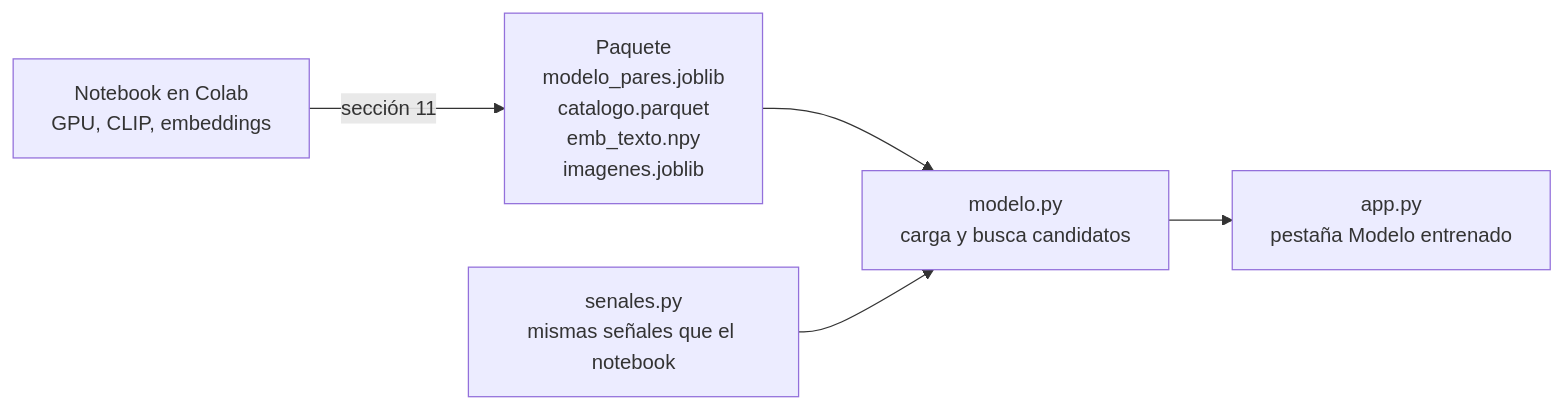
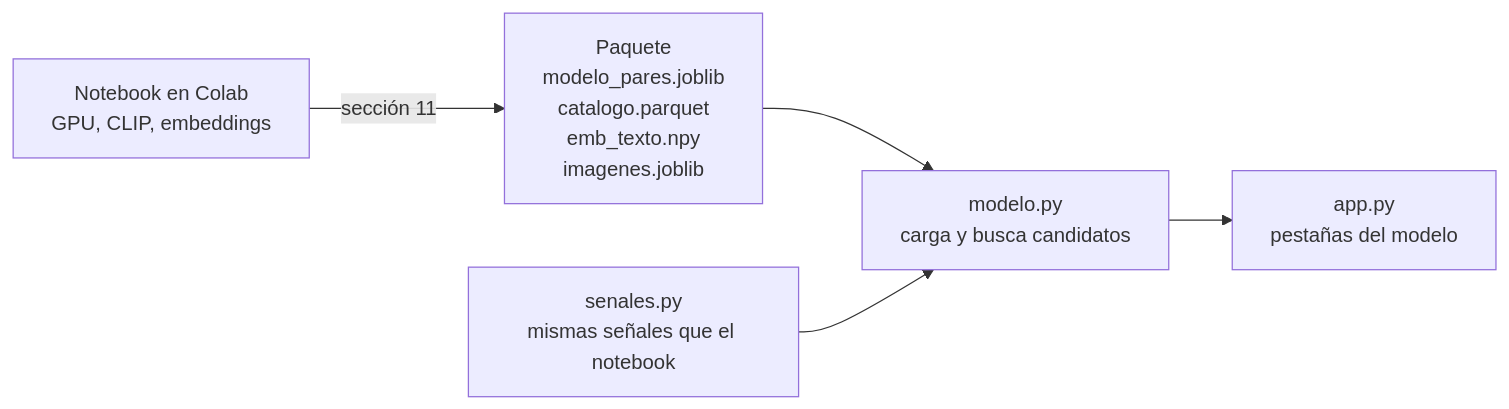
One commit to lina-cc/sic-ia-clone-radar changed the second of 2 diagrams in docs/GUIA_TECNICA.md. Above: the diagram before and after it, drawn with Mermaid. The commit also changed other lines of this file and 6 other files, not shown here.

````diff
--- a/docs/GUIA_TECNICA.md
+++ b/docs/GUIA_TECNICA.md
@@ -140,7 +169,7 @@
 ```mermaid
 flowchart LR
     N[Notebook en Colab<br/>GPU, CLIP, embeddings] -->|sección 11| P[Paquete<br/>modelo_pares.joblib<br/>catalogo.parquet<br/>emb_texto.npy<br/>imagenes.joblib]
     P --> M[modelo.py<br/>carga y busca candidatos]
     S[senales.py<br/>mismas señales que el notebook] --> M
-    M --> A[app.py<br/>pestaña Modelo entrenado]
+    M --> A[app.py<br/>pestañas del modelo]
 ```
````
